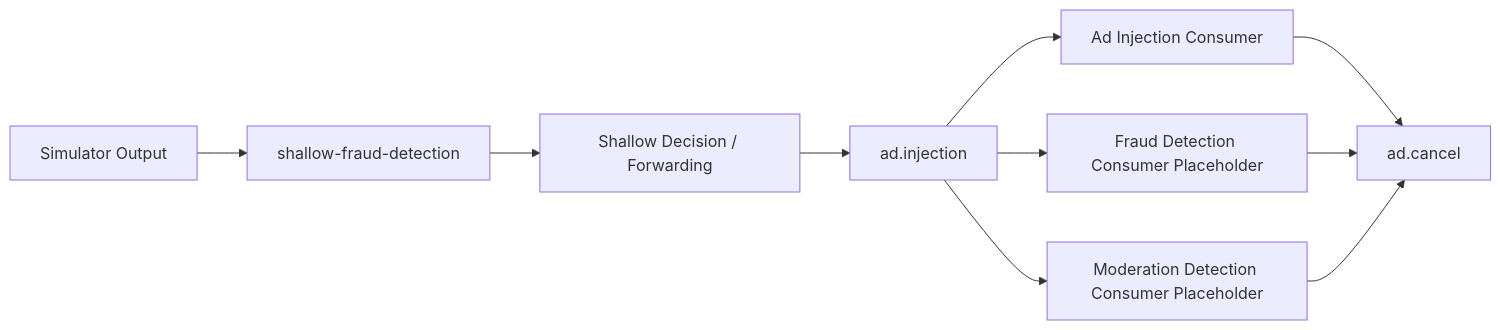
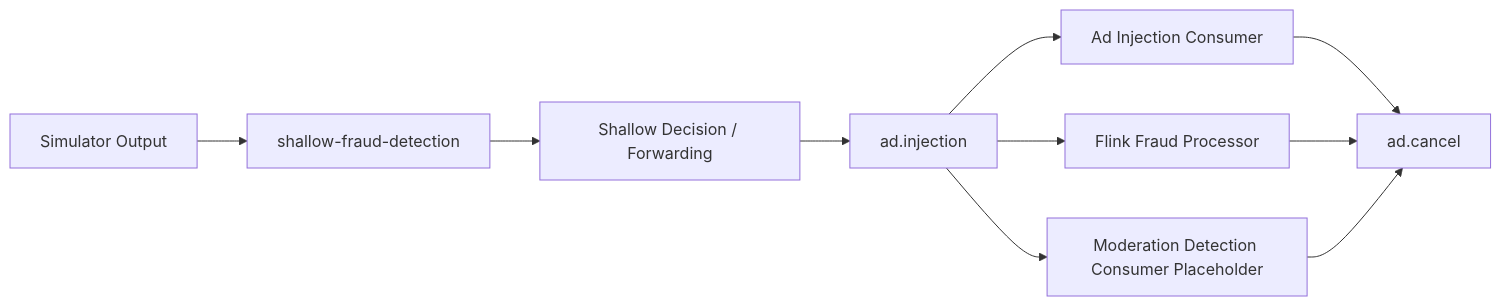
The diagram in docs/kafka_topics.md (IamMistake/ai-ad-request-safety-pipeline), drawn with Mermaid before and after one commit. The commit also changed other lines of this file and 9 other files, not shown here.

Commit message:
implement flink fraud processor

````diff
--- a/docs/kafka_topics.md
+++ b/docs/kafka_topics.md
@@ -72,12 +75,12 @@
 ```mermaid
 flowchart LR
     A[Simulator Output] --> B[shallow-fraud-detection]
     B --> C[Shallow Decision / Forwarding]
     C --> D[ad.injection]
     D --> E[Ad Injection Consumer]
-    D --> F[Fraud Detection Consumer Placeholder]
+    D --> F[Flink Fraud Processor]
     D --> G[Moderation Detection Consumer Placeholder]
     E --> H[ad.cancel]
     F --> H
     G --> H
 ```
````
